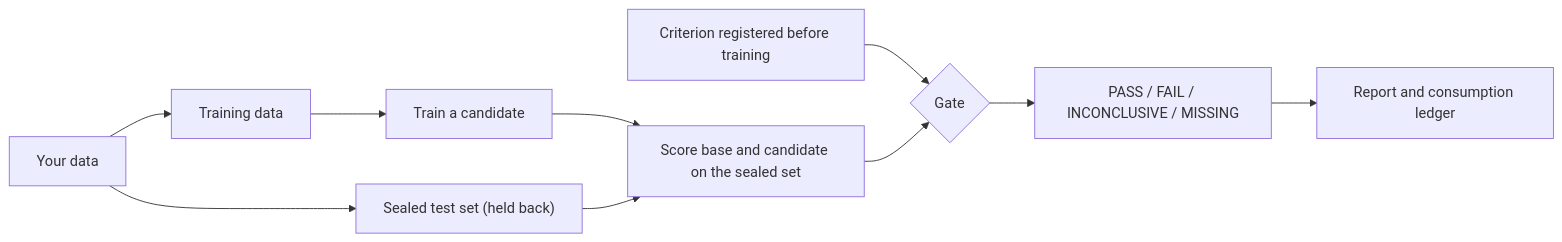
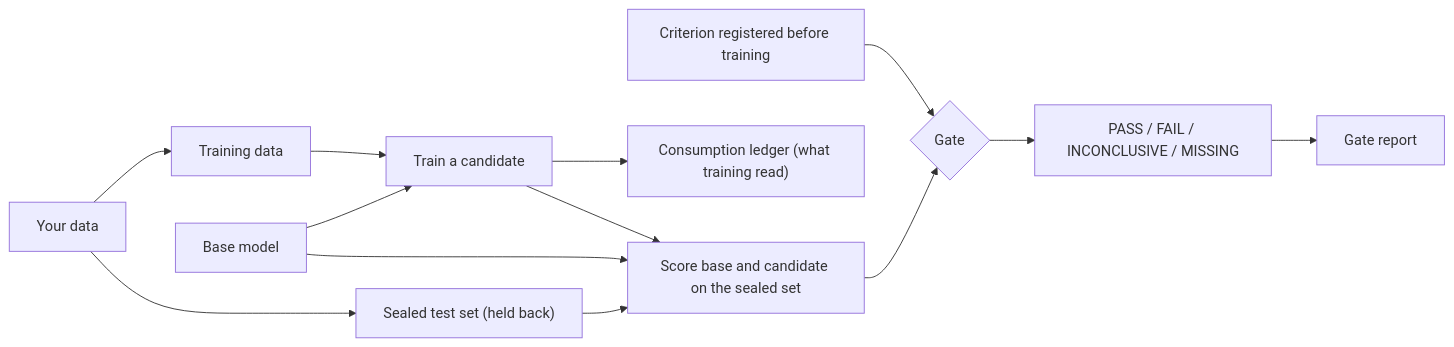
Before and after one commit to gatedtrain/gatedtrain: the diagram in README.md, drawn with Mermaid. The commit also changed other lines of this file and 1 other file, not shown here.

First line of the commit message:
Docs: README diagram and concepts wording follow the code

````diff
--- a/README.md
+++ b/README.md
@@ -19,12 +19,15 @@
 ```mermaid
 flowchart LR
     data["Your data"] --> train_part["Training data"]
     data --> sealed["Sealed test set (held back)"]
     reg["Criterion registered before training"] --> gate
-    train_part --> cand["Train a candidate"]
+    base["Base model"] --> cand["Train a candidate"]
+    train_part --> cand
+    cand --> ledger["Consumption ledger (what training read)"]
     cand --> eval["Score base and candidate on the sealed set"]
+    base --> eval
     sealed --> eval
     eval --> gate{"Gate"}
     gate --> result["PASS / FAIL / INCONCLUSIVE / MISSING"]
-    result --> out["Report and consumption ledger"]
+    result --> report["Gate report"]
 ```
````
